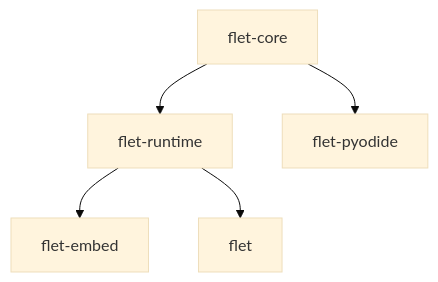
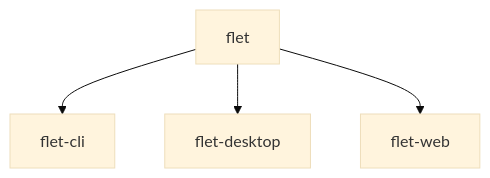
Before and after one commit to flet-dev/flet: the diagram in sdk/python/README.md, drawn with Mermaid (base theme). The commit also changed 9 other files, not shown here.

````diff
--- a/sdk/python/README.md
+++ b/sdk/python/README.md
@@ -5,7 +5,6 @@
 ```mermaid
 graph TD;
-    flet-core-->flet-runtime;
-    flet-core-->flet-pyodide;
-    flet-runtime-->flet-embed;
-    flet-runtime-->flet;
+    flet --> flet-cli;
+    flet --> flet-desktop;
+    flet --> flet-web;
 ```
````
